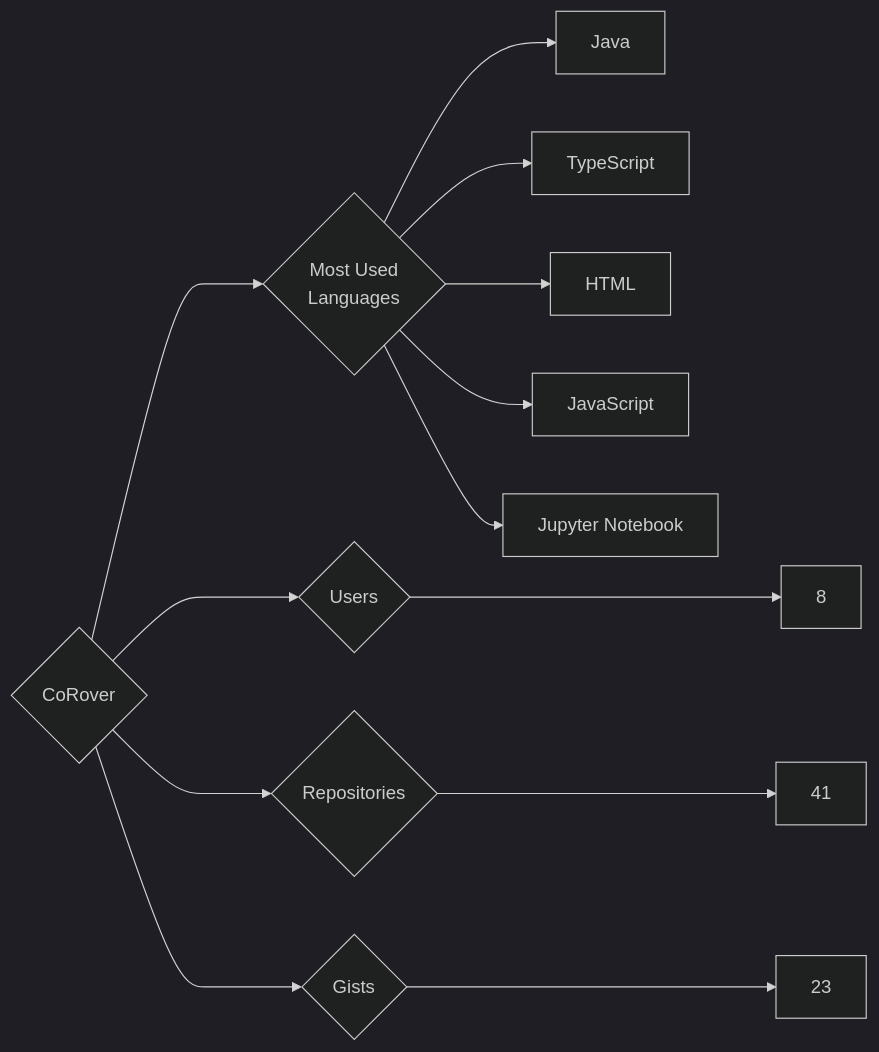
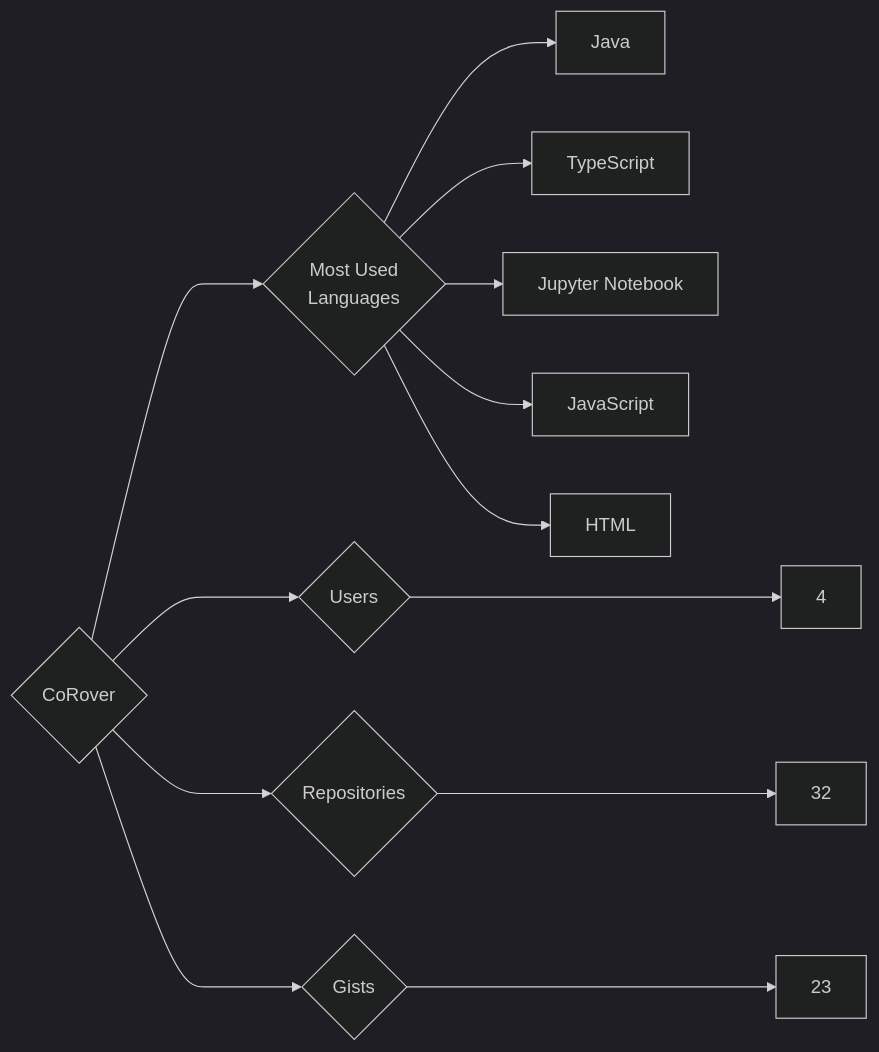
One commit to trickest/insiders changed the diagram in targets/CoRover/README.md. Above: the diagram before and after it, drawn with Mermaid (dark theme). The commit also changed 786 other files, not shown here.

````diff
--- a/targets/CoRover/README.md
+++ b/targets/CoRover/README.md
@@ -3,13 +3,13 @@
 ```mermaid
 graph LR
 COMPANY_NAME{CoRover}
-COMPANY_NAME ---> U{Users} ---> UN[8]
-COMPANY_NAME ---> R{Repositories} ---> RN[41]
+COMPANY_NAME ---> U{Users} ---> UN[4]
+COMPANY_NAME ---> R{Repositories} ---> RN[32]
 COMPANY_NAME ---> G{Gists} ---> GN[23]
 COMPANY_NAME ---> ML{Most Used<br>Languages}
 ML --> Java[Java]
 ML --> TypeScript[TypeScript]
+ML --> Jupyter_Notebook[Jupyter Notebook]
+ML --> JavaScript[JavaScript]
 ML --> HTML[HTML]
-ML --> JavaScript[JavaScript]
-ML --> Jupyter_Notebook[Jupyter Notebook]
 ```
````
